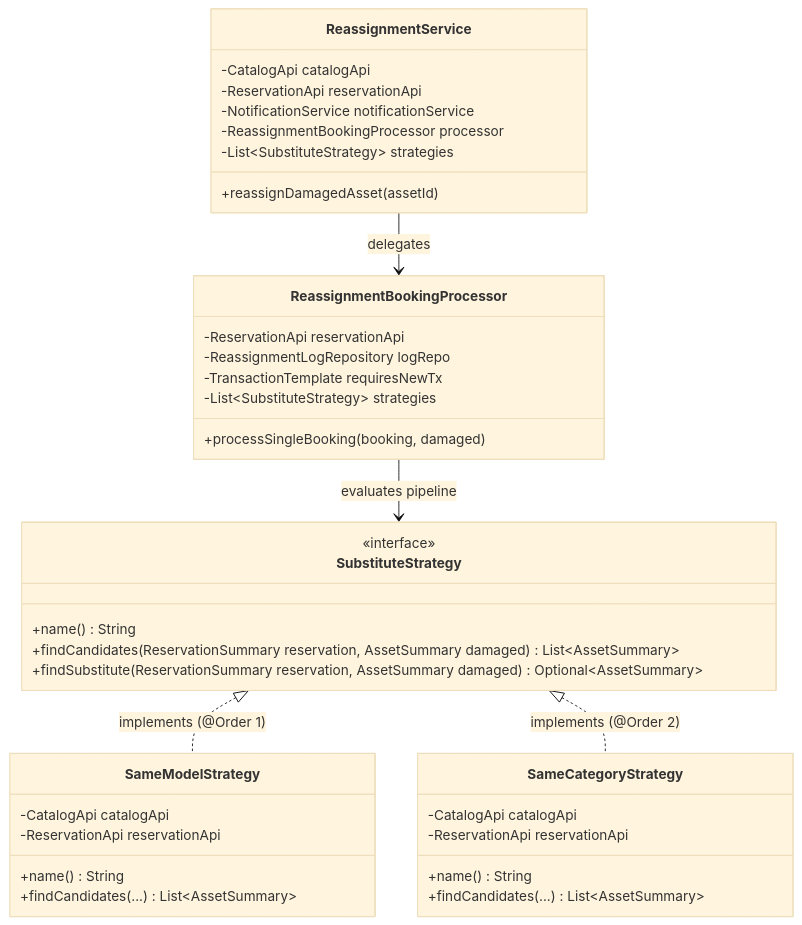
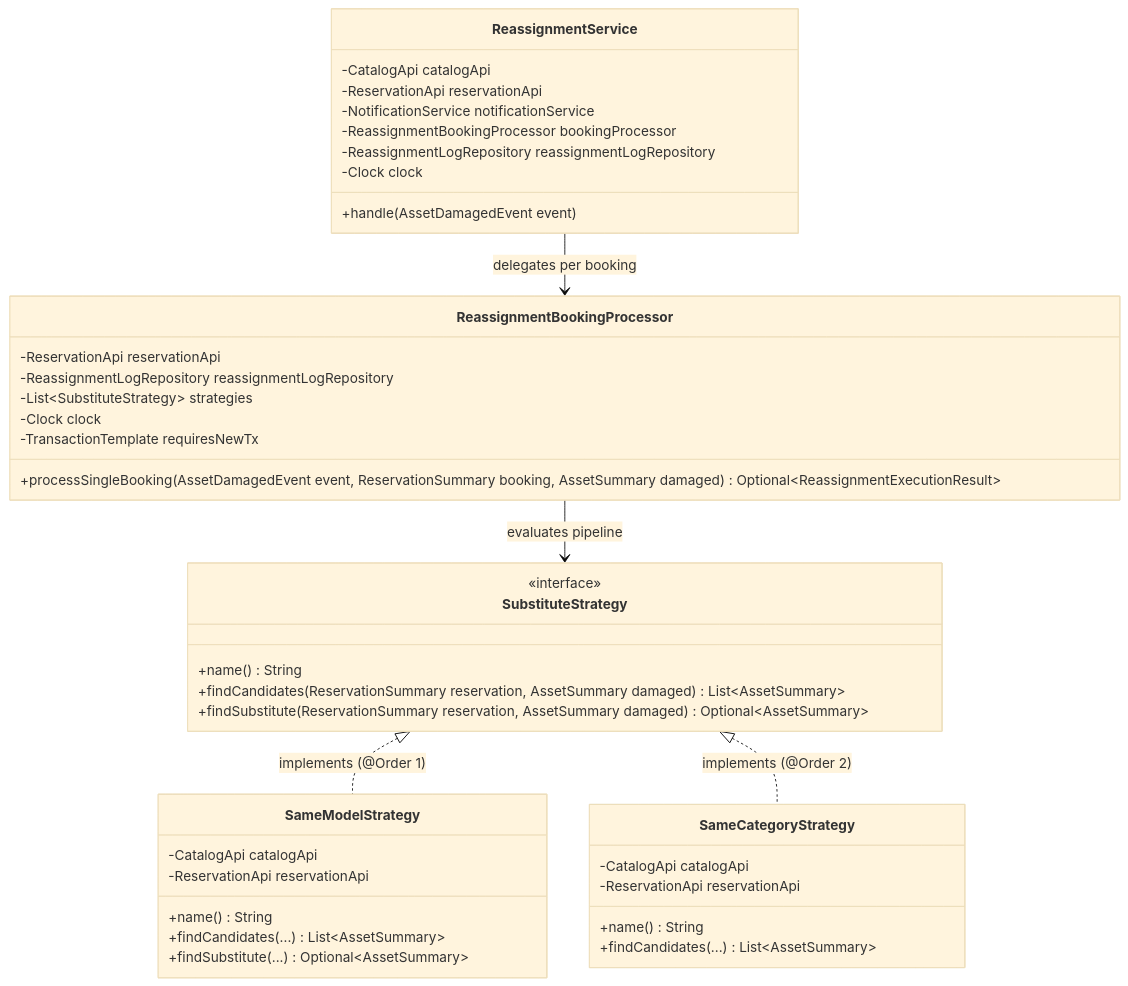
One commit to FundamenteleInginerieiSoftware/campus-hub changed the first of 2 diagrams in docs/patterns/strategy-pattern.md. Above: the diagram before and after it, drawn with Mermaid (base theme). The commit also changed other lines of this file, not shown here.

Commit message:
docs(patterns): align strategy pattern specification with exact main code and architecture

````diff
--- a/docs/patterns/strategy-pattern.md
+++ b/docs/patterns/strategy-pattern.md
@@ -40,45 +40,48 @@
 ```mermaid
 classDiagram
     class SubstituteStrategy {
         <<interface>>
         +name() String
         +findCandidates(ReservationSummary reservation, AssetSummary damaged) List~AssetSummary~
         +findSubstitute(ReservationSummary reservation, AssetSummary damaged) Optional~AssetSummary~
     }
 
     class SameModelStrategy {
         -CatalogApi catalogApi
         -ReservationApi reservationApi
         +name() String
         +findCandidates(...) List~AssetSummary~
+        +findSubstitute(...) Optional~AssetSummary~
     }
 
     class SameCategoryStrategy {
         -CatalogApi catalogApi
         -ReservationApi reservationApi
         +name() String
         +findCandidates(...) List~AssetSummary~
     }
 
     class ReassignmentService {
         -CatalogApi catalogApi
         -ReservationApi reservationApi
         -NotificationService notificationService
-        -ReassignmentBookingProcessor processor
-        -List~SubstituteStrategy~ strategies
-        +reassignDamagedAsset(assetId)
+        -ReassignmentBookingProcessor bookingProcessor
+        -ReassignmentLogRepository reassignmentLogRepository
+        -Clock clock
+        +handle(AssetDamagedEvent event)
     }
 
     class ReassignmentBookingProcessor {
         -ReservationApi reservationApi
-        -ReassignmentLogRepository logRepo
+        -ReassignmentLogRepository reassignmentLogRepository
+        -List~SubstituteStrategy~ strategies
+        -Clock clock
         -TransactionTemplate requiresNewTx
-        -List~SubstituteStrategy~ strategies
-        +processSingleBooking(booking, damaged)
+        +processSingleBooking(AssetDamagedEvent event, ReservationSummary booking, AssetSummary damaged) Optional~ReassignmentExecutionResult~
     }
 
     SubstituteStrategy <|.. SameModelStrategy : implements (@Order 1)
     SubstituteStrategy <|.. SameCategoryStrategy : implements (@Order 2)
-    ReassignmentService --> ReassignmentBookingProcessor : delegates
+    ReassignmentService --> ReassignmentBookingProcessor : delegates per booking
     ReassignmentBookingProcessor --> SubstituteStrategy : evaluates pipeline
 ```
````
